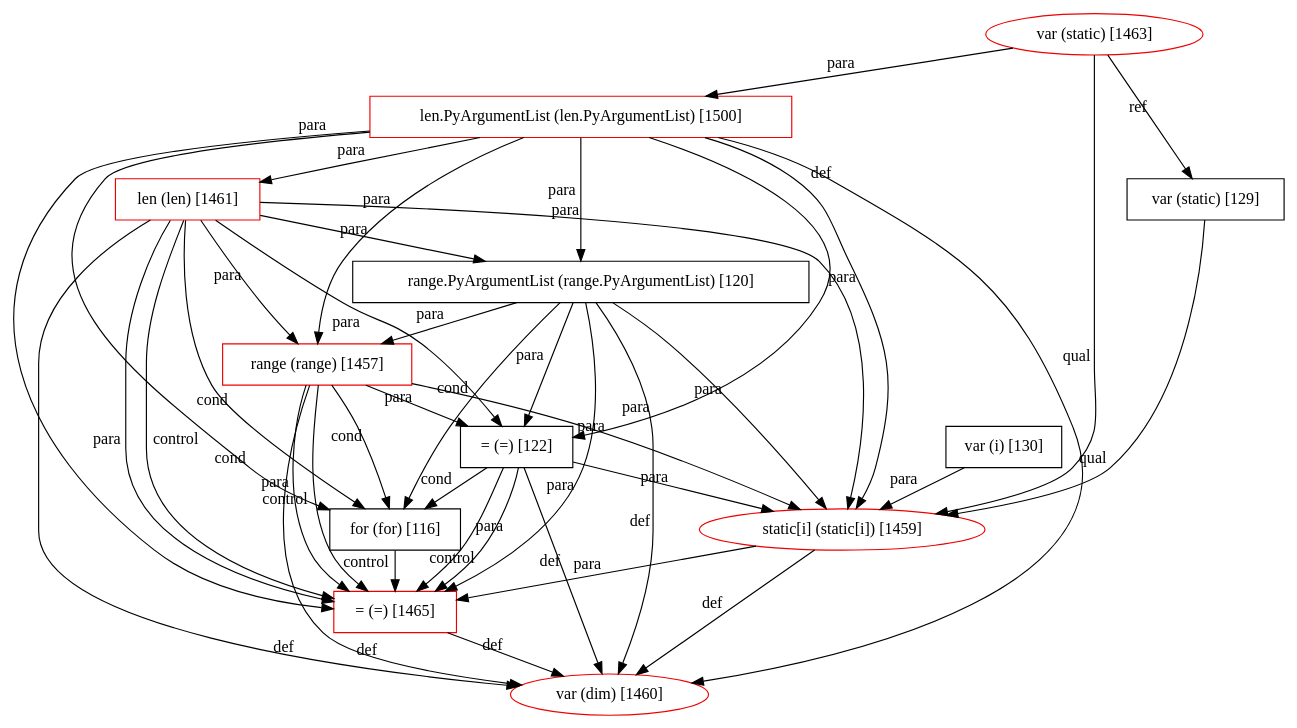
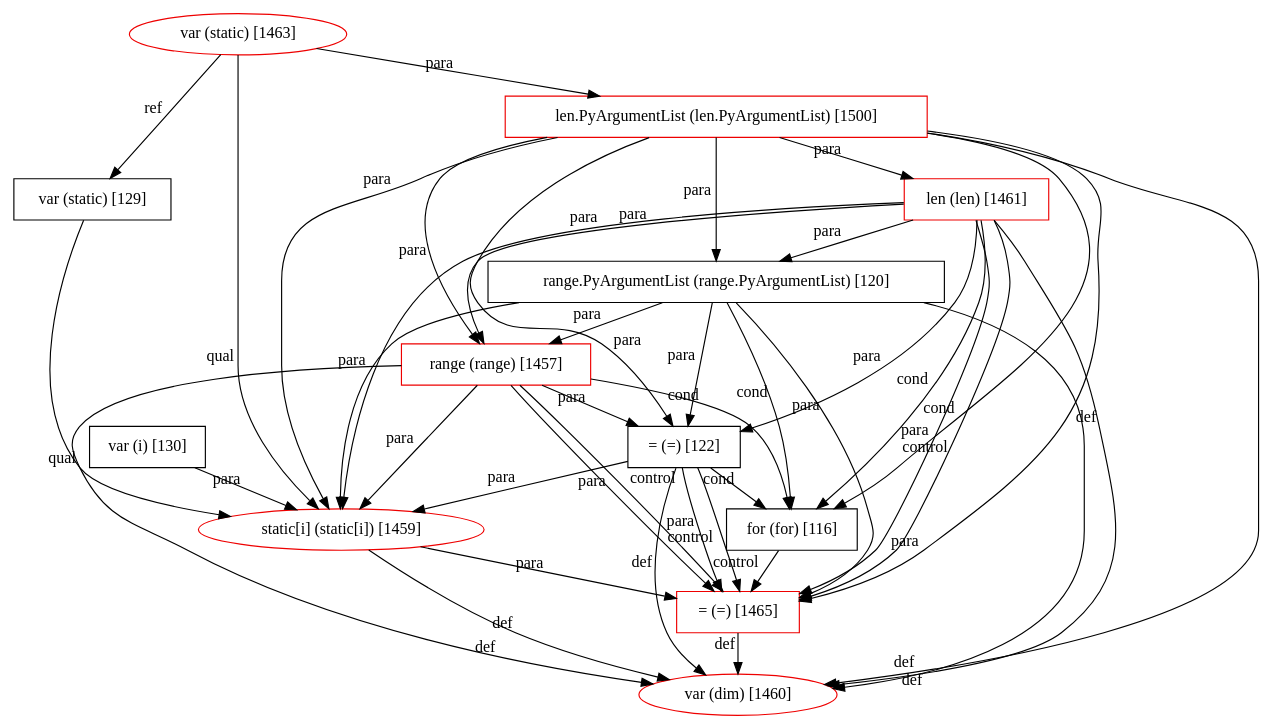
Before and after one commit to JetBrains-Research/revizor: the diagram in plugin/src/main/resources/patterns/9/graph.dot, drawn with Graphviz. The commit also changed other lines of this file and 19 other files, not shown here.

```diff
--- a/plugin/src/main/resources/patterns/9/graph.dot
+++ b/plugin/src/main/resources/patterns/9/graph.dot
@@ -1,56 +1,56 @@
 digraph G {
   1457 [ metadata="" color="red2" shape="box" label="range (range) [1457]" ];
   1461 [ metadata="" color="red2" shape="box" label="len (len) [1461]" ];
   1465 [ metadata="" color="red2" shape="box" label="= (=) [1465]" ];
   1460 [ metadata="" color="red2" shape="ellipse" label="var (dim) [1460]" ];
   1463 [ metadata="" color="red2" shape="ellipse" label="var (static) [1463]" ];
   1500 [ metadata="" color="red2" shape="box" label="len.PyArgumentList (len.PyArgumentList) [1500]" ];
   1459 [ metadata="" color="red2" shape="ellipse" label="static[i] (static[i]) [1459]" ];
+  130 [ metadata="hanger" color="null" shape="null" label="var (i) [130]" ];
   122 [ metadata="hanger" color="null" shape="null" label="= (=) [122]" ];
+  129 [ metadata="hanger" color="null" shape="null" label="var (static) [129]" ];
   120 [ metadata="hanger" color="null" shape="null" label="range.PyArgumentList (range.PyArgumentList) [120]" ];
   116 [ metadata="hanger" color="null" shape="null" label="for (for) [116]" ];
-  130 [ metadata="hanger" color="null" shape="null" label="var (i) [130]" ];
-  129 [ metadata="hanger" color="null" shape="null" label="var (static) [129]" ];
   1457 -> 1465 [ from_closure="true" xlabel="para" ];
   1457 -> 1465 [ from_closure="true" xlabel="control" ];
   1457 -> 1460 [ from_closure="true" xlabel="def" ];
   1457 -> 1459 [ from_closure="true" xlabel="para" ];
   1461 -> 1457 [ from_closure="false" xlabel="para" ];
   1461 -> 1465 [ from_closure="true" xlabel="para" ];
   1461 -> 1465 [ from_closure="true" xlabel="control" ];
   1461 -> 1460 [ from_closure="true" xlabel="def" ];
   1461 -> 1459 [ from_closure="true" xlabel="para" ];
   1465 -> 1460 [ from_closure="false" xlabel="def" ];
   1463 -> 1500 [ from_closure="true" xlabel="para" ];
   1463 -> 1459 [ from_closure="true" xlabel="qual" ];
   1500 -> 1461 [ from_closure="false" xlabel="para" ];
   1500 -> 1457 [ from_closure="false" xlabel="para" ];
   1500 -> 1465 [ from_closure="false" xlabel="para" ];
   1500 -> 1459 [ from_closure="false" xlabel="para" ];
   1500 -> 1460 [ from_closure="false" xlabel="def" ];
   1459 -> 1460 [ from_closure="false" xlabel="def" ];
   1459 -> 1465 [ from_closure="false" xlabel="para" ];
+  130 -> 1459 [ from_closure="false" xlabel="para" ];
+  1457 -> 122 [ from_closure="false" xlabel="para" ];
   1461 -> 122 [ from_closure="true" xlabel="para" ];
-  1457 -> 122 [ from_closure="false" xlabel="para" ];
   1500 -> 122 [ from_closure="true" xlabel="para" ];
+  122 -> 1459 [ from_closure="true" xlabel="para" ];
   122 -> 1465 [ from_closure="true" xlabel="para" ];
   122 -> 1465 [ from_closure="true" xlabel="control" ];
   122 -> 1460 [ from_closure="true" xlabel="def" ];
-  122 -> 1459 [ from_closure="true" xlabel="para" ];
+  1463 -> 129 [ from_closure="false" xlabel="ref" ];
+  129 -> 1459 [ from_closure="false" xlabel="qual" ];
   1461 -> 120 [ from_closure="false" xlabel="para" ];
   1500 -> 120 [ from_closure="true" xlabel="para" ];
+  120 -> 122 [ from_closure="true" xlabel="para" ];
   120 -> 1457 [ from_closure="false" xlabel="para" ];
   120 -> 1465 [ from_closure="true" xlabel="para" ];
   120 -> 1459 [ from_closure="true" xlabel="para" ];
   120 -> 1460 [ from_closure="true" xlabel="def" ];
-  120 -> 122 [ from_closure="true" xlabel="para" ];
+  1457 -> 116 [ from_closure="false" xlabel="cond" ];
   1461 -> 116 [ from_closure="true" xlabel="cond" ];
+  1500 -> 116 [ from_closure="true" xlabel="cond" ];
+  122 -> 116 [ from_closure="false" xlabel="cond" ];
   120 -> 116 [ from_closure="true" xlabel="cond" ];
-  1457 -> 116 [ from_closure="false" xlabel="cond" ];
-  122 -> 116 [ from_closure="false" xlabel="cond" ];
-  1500 -> 116 [ from_closure="true" xlabel="cond" ];
   116 -> 1465 [ from_closure="false" xlabel="control" ];
-  130 -> 1459 [ from_closure="false" xlabel="para" ];
-  1463 -> 129 [ from_closure="false" xlabel="ref" ];
-  129 -> 1459 [ from_closure="false" xlabel="qual" ];
 }
```
